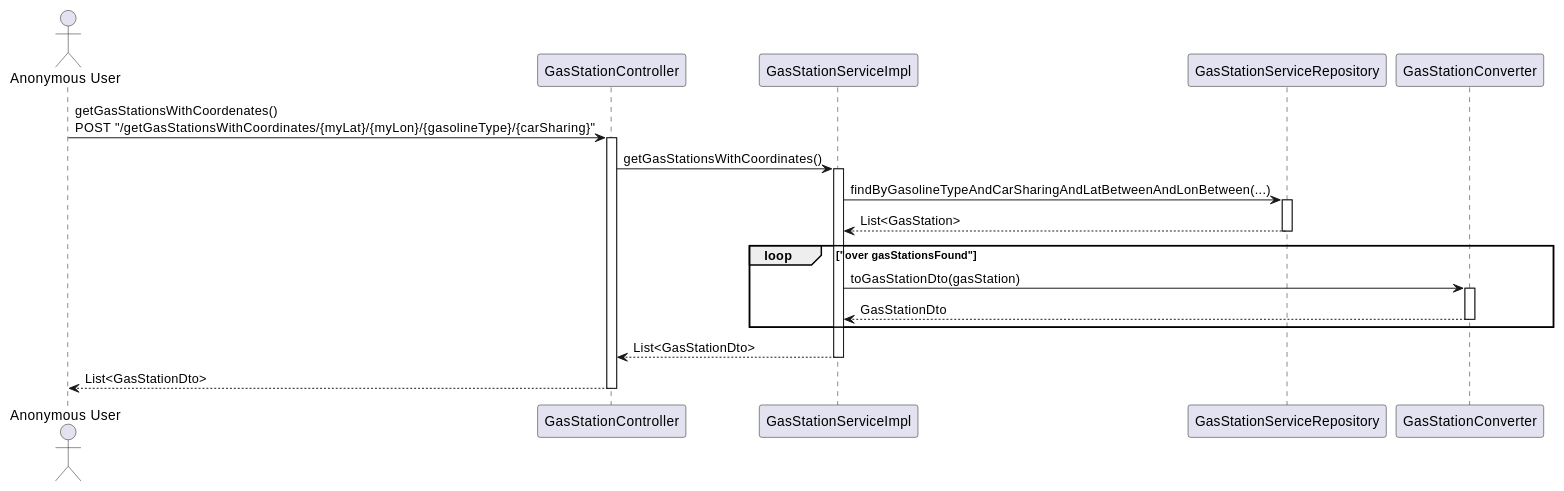
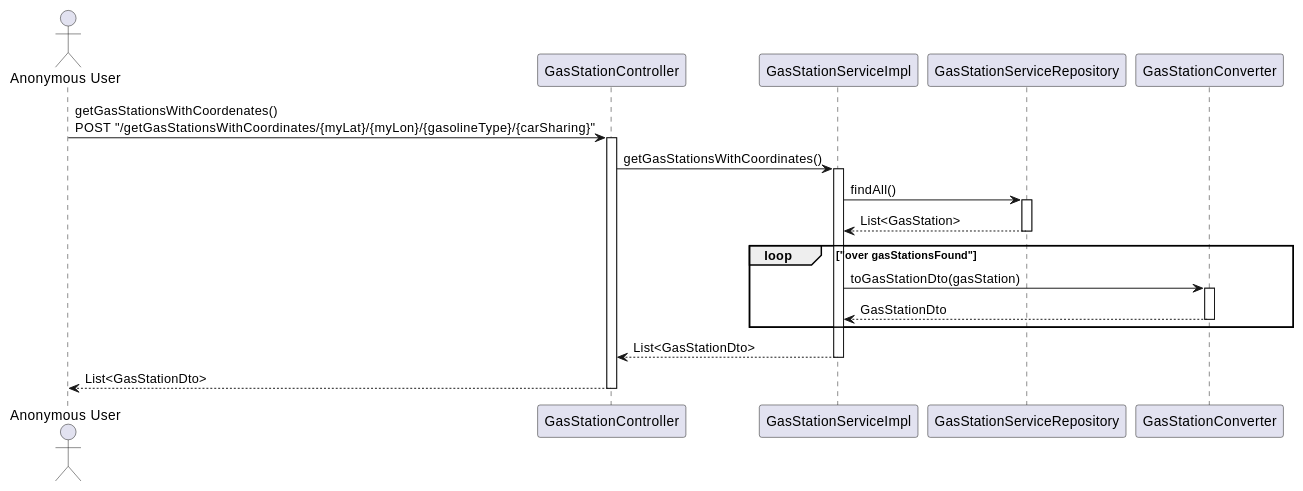
One commit to lucarinelli/ezgas changed diagram 12 of 13 in docs/DesignDocument.md. Above: the diagram before and after it, drawn with PlantUML.

Commit message:
docs: fix sequence diagram

````diff
--- a/docs/DesignDocument.md
+++ b/docs/DesignDocument.md
@@ -741,33 +741,33 @@
 ```plantuml
 @startuml
 actor "Anonymous User" as au
 
 participant GasStationController as gc
 au -> gc : getGasStationsWithCoordenates()\nPOST "/getGasStationsWithCoordinates/{myLat}/{myLon}/{gasolineType}/{carSharing}"
 activate gc
 participant GasStationServiceImpl as gsi
 gc -> gsi : getGasStationsWithCoordinates()
 activate gsi
 participant GasStationServiceRepository as gsr
-gsi -> gsr : findByGasolineTypeAndCarSharingAndLatBetweenAndLonBetween(...)
+gsi -> gsr : findAll()
 activate gsr
 gsr --> gsi : List<GasStation>
 deactivate gsr
 
 participant GasStationConverter as gsc
 loop "over gasStationsFound"
 gsi -> gsc : toGasStationDto(gasStation)
 activate gsc
 gsc --> gsi : GasStationDto
 deactivate gsc
 end
 
 
 gsi --> gc : List<GasStationDto>
 deactivate gsi
 
 
 gc --> au : List<GasStationDto>
 deactivate gc
 @enduml
 ```
````
